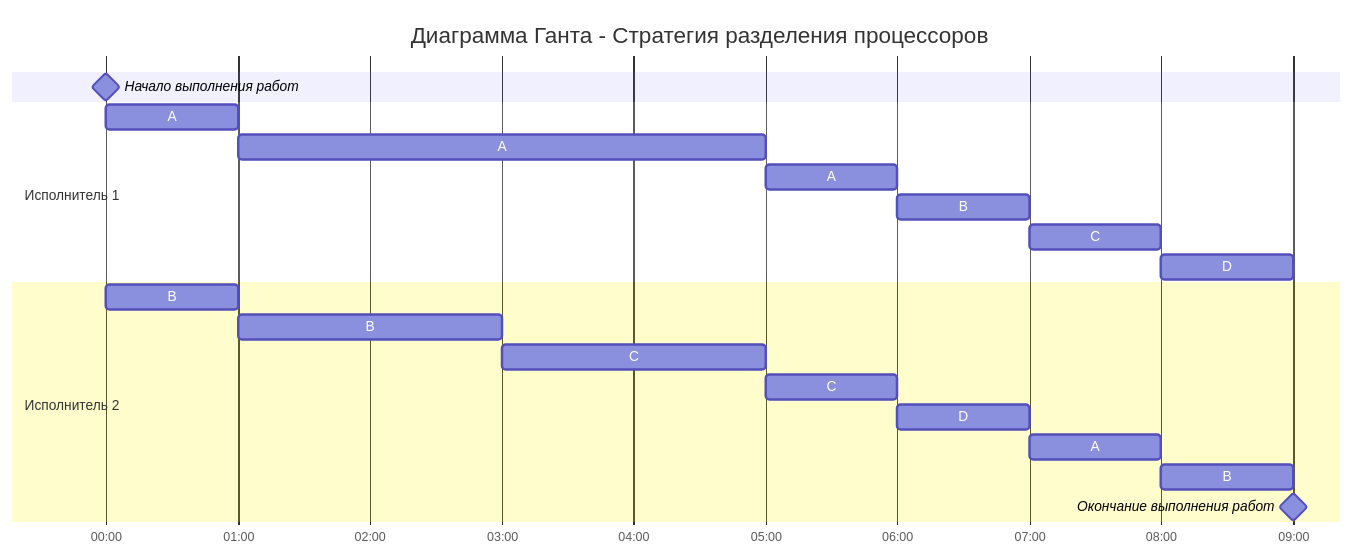
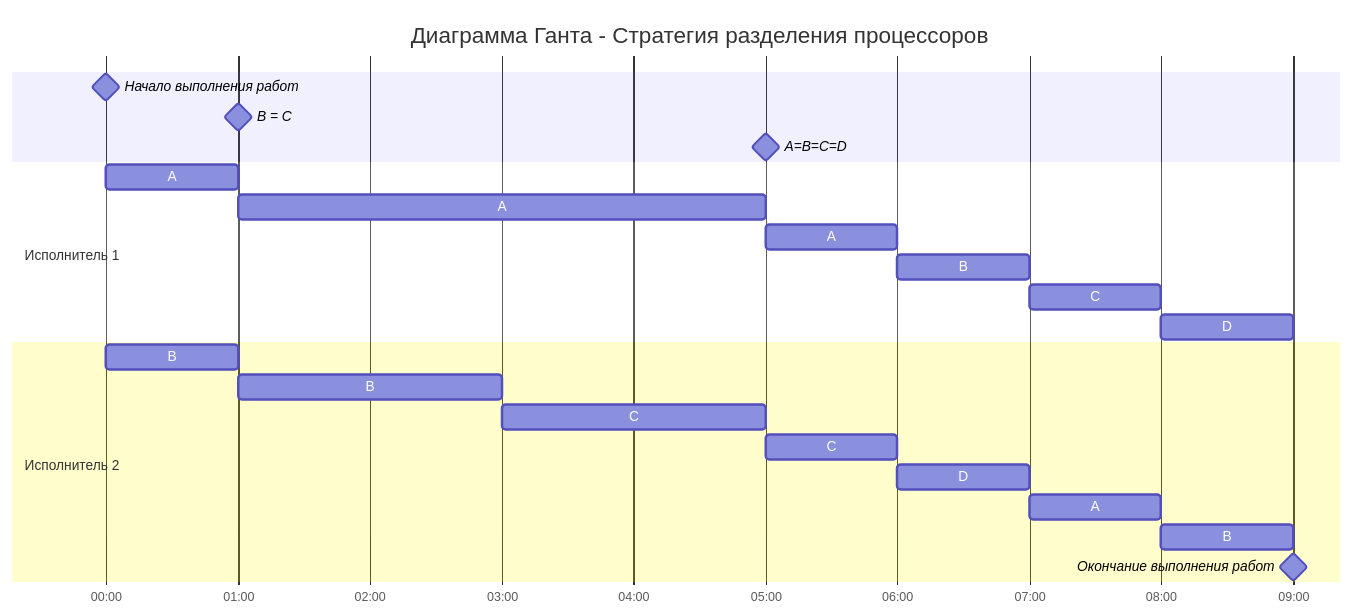
One commit to hse-algo-24-owl/manual-tasks-owl changed the diagram in task-5/mikhailkrug.md. Above: the diagram before and after it, drawn with Mermaid. The commit also changed other lines of this file, not shown here.

````diff
--- a/task-5/mikhailkrug.md
+++ b/task-5/mikhailkrug.md
@@ -110,23 +110,25 @@
 ```mermaid
 gantt
     title Диаграмма Ганта - Стратегия разделения процессоров
     dateFormat DD HH:mm    
     axisFormat %H:%M
     Начало выполнения работ : milestone, m1, 01 00:00, 0h
+    B = C : milestone, m1, 01 01:00, 0h
+    A=B=C=D : milestone, m1, 01 05:00, 0h
     section Исполнитель 1
     A         :a1, 01 00:00, 1h
     A         :a2, after a1, 4h
     A         :a3, after a2, 1h
     B         :a4, after a3, 1h
     C         :a5, after a4, 1h
     D         :a6, after a5, 1h
     section Исполнитель 2
     B         :b1, 01 00:00, 1h
     B         :b2, after b1, 2h
     C         :b3, after b2, 2h
     C         :b4, after b3, 1h
     D         :b5, after b4, 1h
     A         :b6, after b5, 1h
     B         :b7, after b6, 1h
     Окончание выполнения работ : milestone, m2, 01 09:00, 0h
 ```
````
